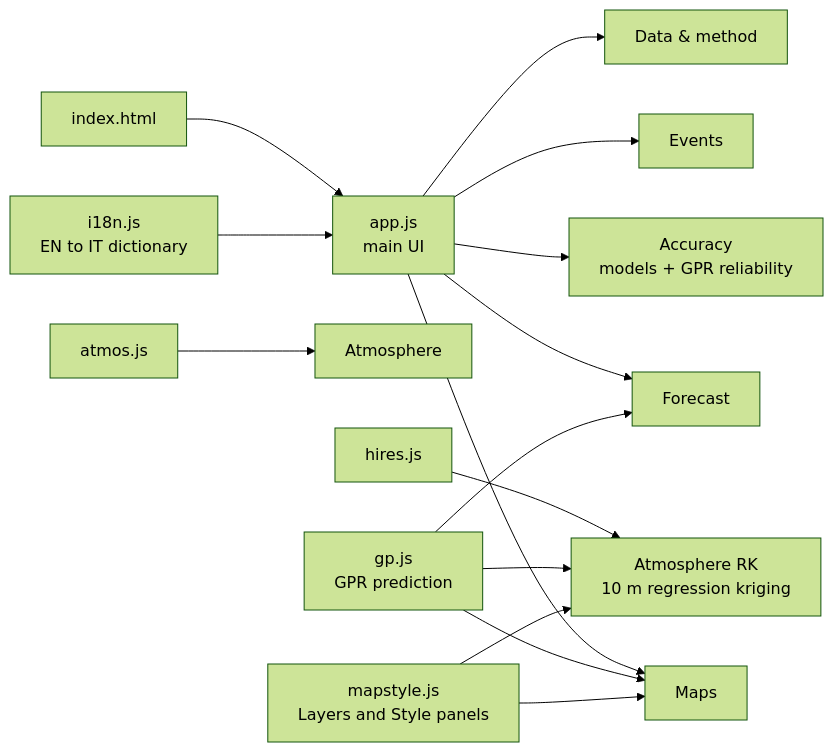
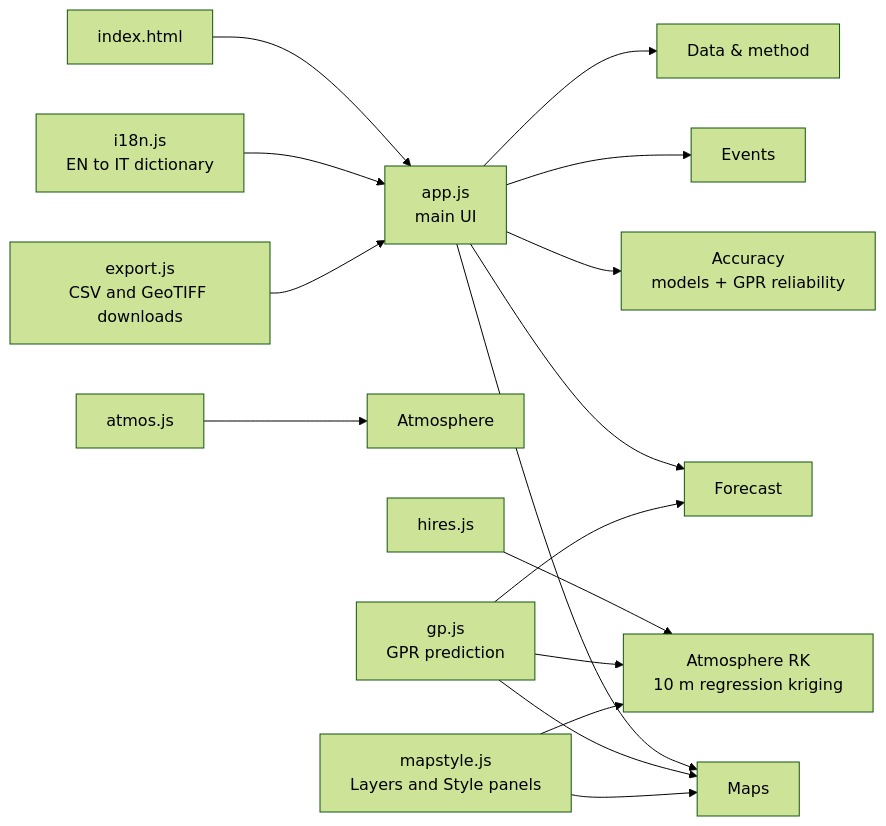
The third of 5 diagrams in docs/HOW_IT_WORKS.md (francescorossi3/prognostica), drawn with Mermaid (forest theme) before and after one commit. The commit also changed other lines of this file and 2 other files, not shown here.

First line of the commit message:
docs, CLAUDE.md: export.js, scheda Atmosphere, risoluzione dei dati atmosferici, RK sulla quota

````diff
--- a/docs/HOW_IT_WORKS.md
+++ b/docs/HOW_IT_WORKS.md
@@ -56,17 +56,18 @@
 ```mermaid
 flowchart LR
   idx[index.html] --> app[app.js<br>main UI]
   app --> F[Forecast]
   app --> M[Maps]
   app --> R[Accuracy<br>models + GPR reliability]
   app --> E[Events]
   app --> DM[Data & method]
   atm[atmos.js] --> A[Atmosphere]
   hr[hires.js] --> H[Atmosphere RK<br>10 m regression kriging]
   gp[gp.js<br>GPR prediction] --> F
   gp --> M
   gp --> H
   i18n[i18n.js<br>EN to IT dictionary] --> app
   ms[mapstyle.js<br>Layers and Style panels] --> M
   ms --> H
+  ex[export.js<br>CSV and GeoTIFF downloads] --> app
 ```
````
